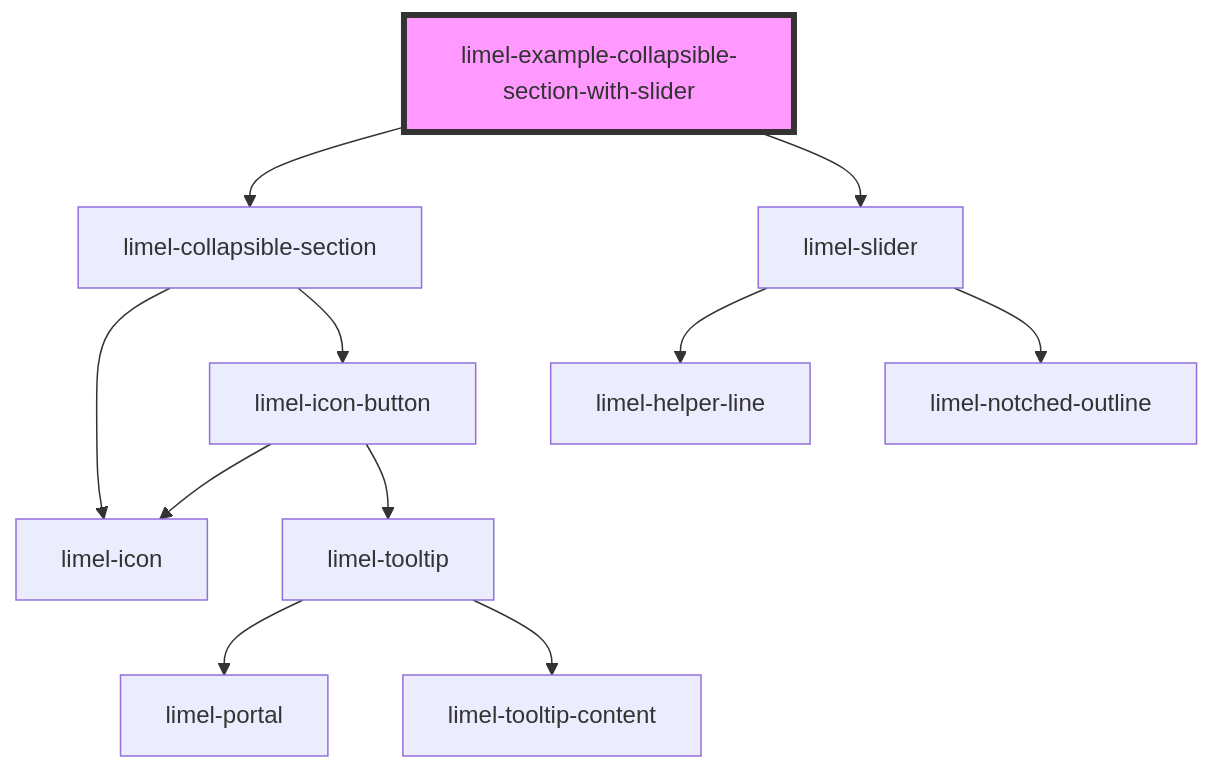
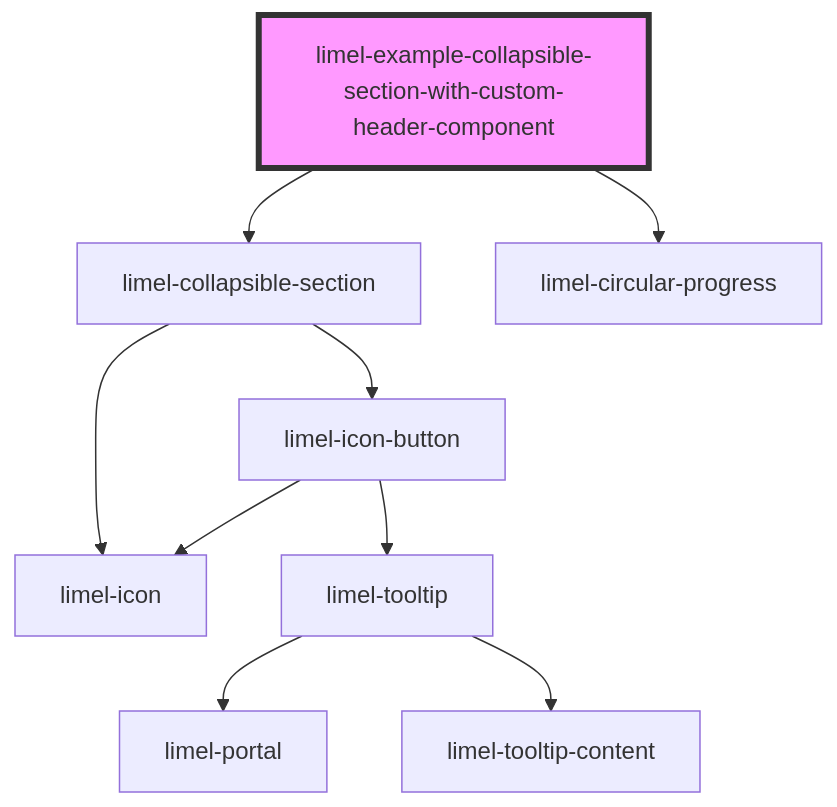
The diagram in versions/PR-3983/markdown-docs/components/collapsible-section/examples/readme.md (Lundalogik/lime-elements), drawn with Mermaid before and after one commit. The commit also changed other lines of this file and 4 other files, not shown here.

````diff
--- a/versions/PR-3983/markdown-docs/components/collapsible-section/examples/readme.md
+++ b/versions/PR-3983/markdown-docs/components/collapsible-section/examples/readme.md
@@ -22,14 +29,12 @@
 ```mermaid
 graph TD;
-  limel-example-collapsible-section-with-slider --> limel-collapsible-section
-  limel-example-collapsible-section-with-slider --> limel-slider
+  limel-example-collapsible-section-with-custom-header-component --> limel-collapsible-section
+  limel-example-collapsible-section-with-custom-header-component --> limel-circular-progress
   limel-collapsible-section --> limel-icon
   limel-collapsible-section --> limel-icon-button
   limel-icon-button --> limel-icon
   limel-icon-button --> limel-tooltip
   limel-tooltip --> limel-portal
   limel-tooltip --> limel-tooltip-content
-  limel-slider --> limel-helper-line
-  limel-slider --> limel-notched-outline
-  style limel-example-collapsible-section-with-slider fill:#f9f,stroke:#333,stroke-width:4px
+  style limel-example-collapsible-section-with-custom-header-component fill:#f9f,stroke:#333,stroke-width:4px
 ```
````
